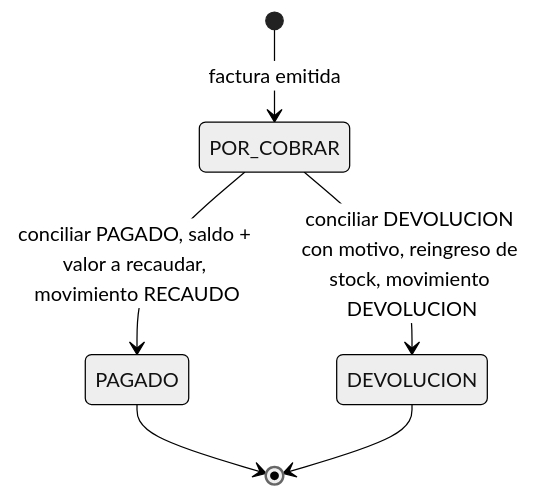
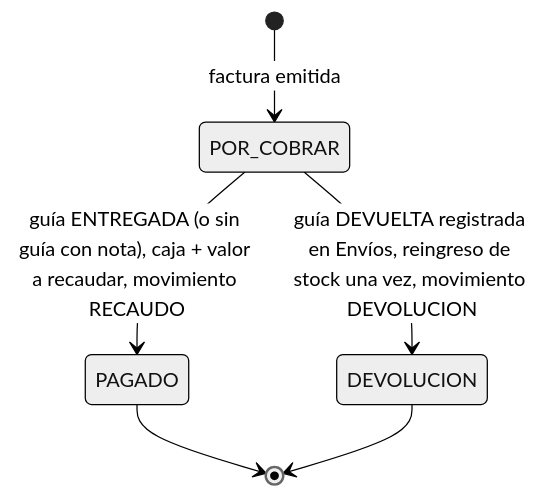
The eighth of 9 diagrams in docs/modulos.md (BayronVV/TexCoreERP-Backend), drawn with Mermaid (neutral theme) before and after one commit. The commit also changed other lines of this file and 18 other files, not shown here.

````diff
--- a/docs/modulos.md
+++ b/docs/modulos.md
@@ -691,8 +692,8 @@
 ```mermaid
 stateDiagram-v2
     [*] --> POR_COBRAR: factura emitida
-    POR_COBRAR --> PAGADO: conciliar PAGADO, saldo + valor a recaudar, movimiento RECAUDO
-    POR_COBRAR --> DEVOLUCION: conciliar DEVOLUCION con motivo, reingreso de stock, movimiento DEVOLUCION
+    POR_COBRAR --> PAGADO: guía ENTREGADA (o sin guía con nota), caja + valor a recaudar, movimiento RECAUDO
+    POR_COBRAR --> DEVOLUCION: guía DEVUELTA registrada en Envíos, reingreso de stock una vez, movimiento DEVOLUCION
     PAGADO --> [*]
     DEVOLUCION --> [*]
 ```
````
